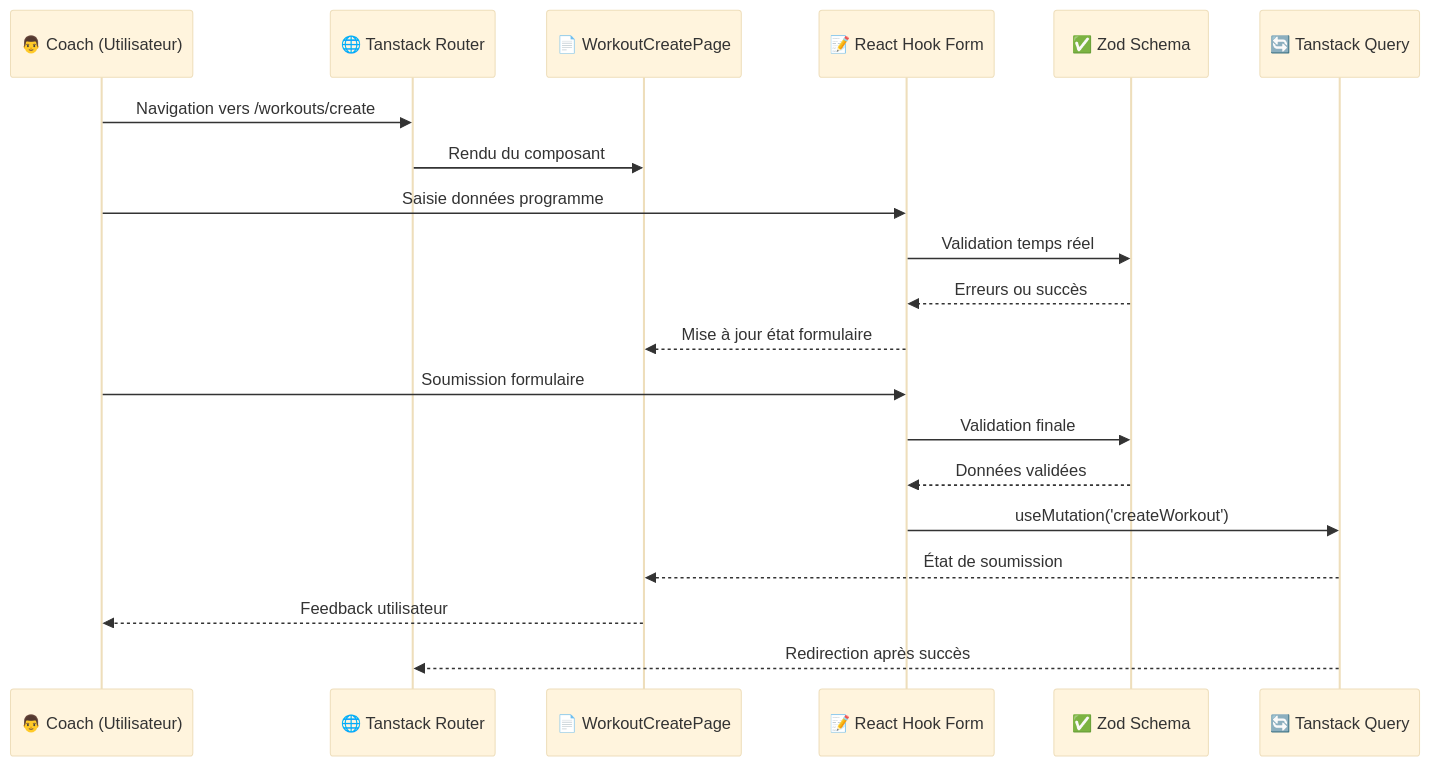
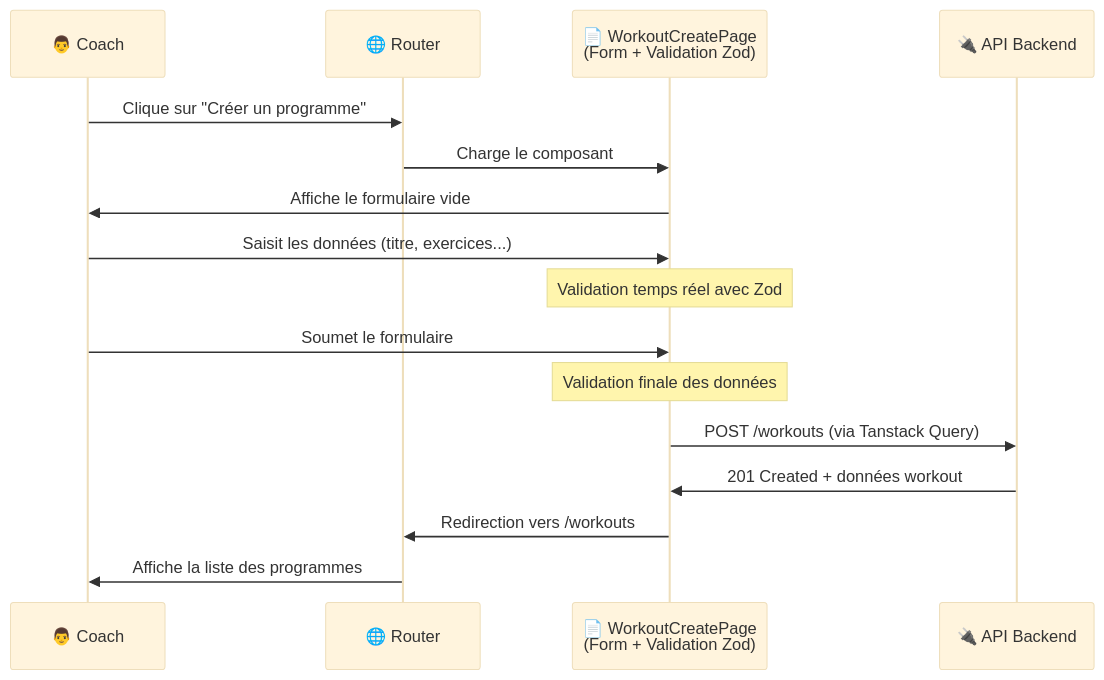
Before and after one commit to Netsbump/dropit-documentation: the diagram in src/content/docs/conception/presentations.md, drawn with Mermaid (base theme). The commit also changed other lines of this file and 10 other files, not shown here.

````diff
--- a/src/content/docs/conception/presentations.md
+++ b/src/content/docs/conception/presentations.md
@@ -65,26 +57,21 @@
 ```mermaid
 sequenceDiagram
-    participant Coach as 👨 Coach (Utilisateur)
-    participant Router as 🌐 Tanstack Router
-    participant Page as 📄 WorkoutCreatePage
-    participant Form as 📝 React Hook Form
-    participant Validation as ✅ Zod Schema
-    participant Query as 🔄 Tanstack Query
-    
-    Coach->>Router: Navigation vers /workouts/create
-    Router->>Page: Rendu du composant
-    
-    Coach->>Form: Saisie données programme
-    Form->>Validation: Validation temps réel
-    Validation-->>Form: Erreurs ou succès
-    Form-->>Page: Mise à jour état formulaire
-    
-    Coach->>Form: Soumission formulaire
-    Form->>Validation: Validation finale
-    Validation-->>Form: Données validées
-    Form->>Query: useMutation('createWorkout')
-    Query-->>Page: État de soumission
-    Page-->>Coach: Feedback utilisateur
-    
-    Query-->>Router: Redirection après succès
+    participant Coach as 👨 Coach
+    participant Router as 🌐 Router
+    participant Page as 📄 WorkoutCreatePage<br/>(Form + Validation Zod)
+    participant API as 🔌 API Backend
+
+    Coach->>Router: Clique sur "Créer un programme"
+    Router->>Page: Charge le composant
+    Page->>Coach: Affiche le formulaire vide
+
+    Coach->>Page: Saisit les données (titre, exercices...)
+    Note over Page: Validation temps réel avec Zod
+
+    Coach->>Page: Soumet le formulaire
+    Note over Page: Validation finale des données
+    Page->>API: POST /workouts (via Tanstack Query)
+    API->>Page: 201 Created + données workout
+    Page->>Router: Redirection vers /workouts
+    Router->>Coach: Affiche la liste des programmes
 ```
````
